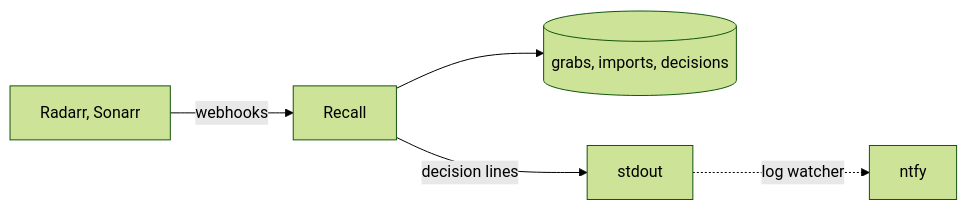
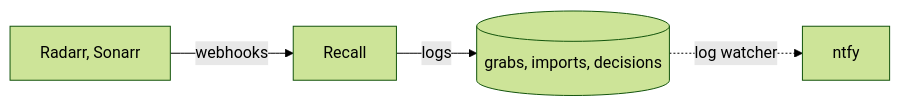
Before and after one commit to santiagosayshey/recall: the diagram in docs/design.md, drawn with Mermaid (forest theme). The commit also changed other lines of this file, not shown here.

Commit message:
diagram: one log flow

````diff
--- a/docs/design.md
+++ b/docs/design.md
@@ -35,7 +35,6 @@
 ```mermaid
 flowchart LR
     arr["Radarr, Sonarr"] -->|webhooks| recall[Recall]
-    recall --> files[(grabs, imports, decisions)]
-    recall -->|decision lines| stdout
-    stdout -.->|log watcher| ntfy
+    recall -->|logs| files[(grabs, imports, decisions)]
+    files -.->|log watcher| ntfy
 ```
````
